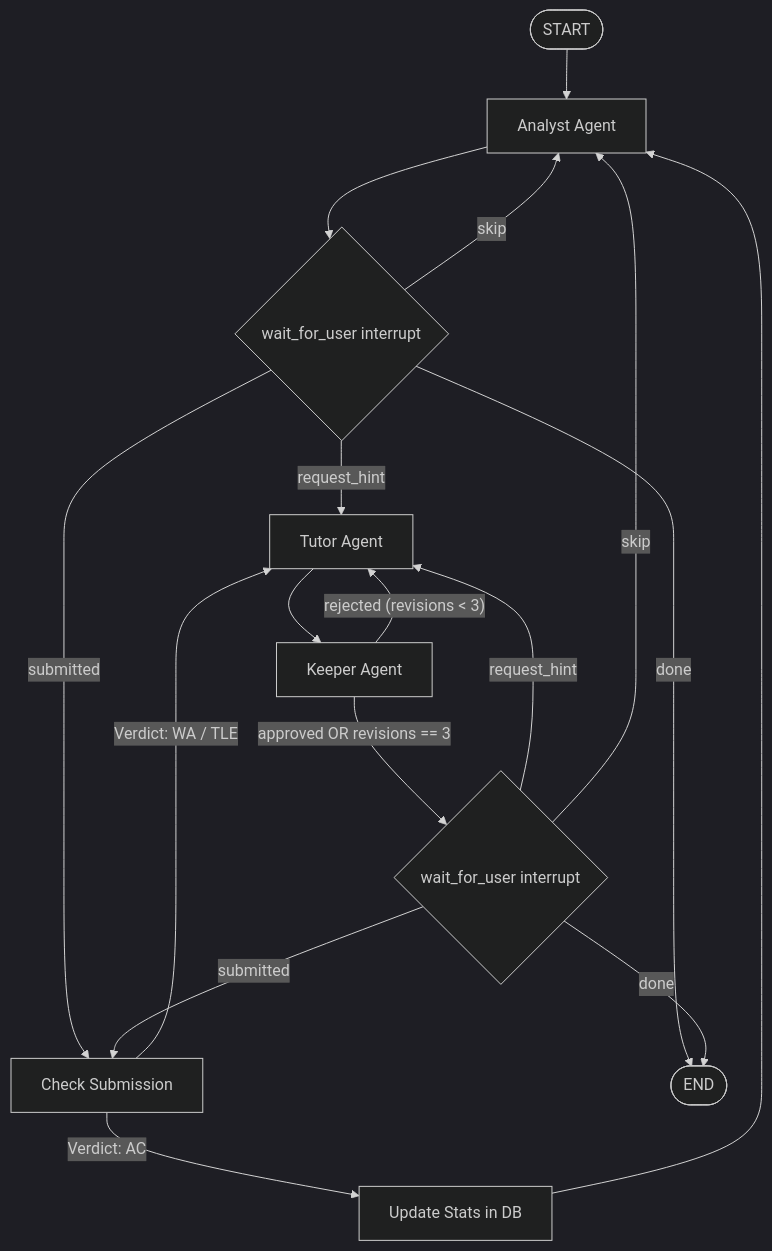
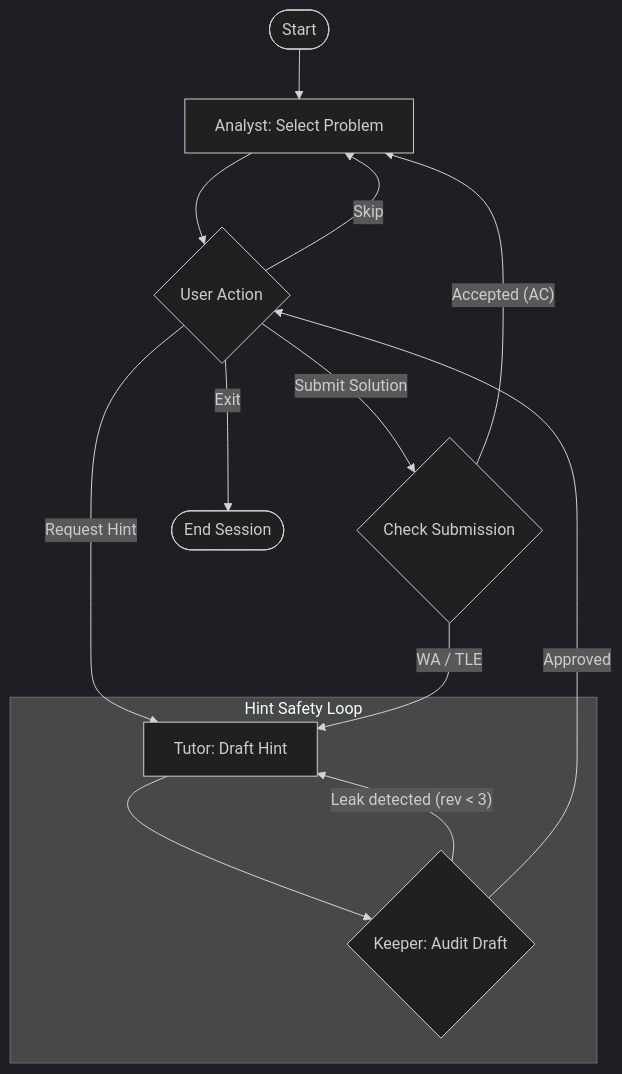
Before and after one commit to aviraltrip/Son-of-Aviral-CP-Coach: the diagram in README.md, drawn with Mermaid (dark theme).

Commit message:
docs(readme): streamline and simplify architecture flowchart

````diff
--- a/README.md
+++ b/README.md
@@ -25,22 +25,20 @@
 ```mermaid
 flowchart TD
-    START([START]) --> Analyst[Analyst Agent]
-    Analyst --> WaitForUser1{wait_for_user interrupt}
-    
-    WaitForUser1 -- "request_hint" --> Tutor[Tutor Agent]
-    WaitForUser1 -- "skip" --> Analyst
-    WaitForUser1 -- "submitted" --> CheckSub[Check Submission]
-    WaitForUser1 -- "done" --> END([END])
-    
-    Tutor --> Keeper[Keeper Agent]
-    Keeper -- "rejected (revisions < 3)" --> Tutor
-    Keeper -- "approved OR revisions == 3" --> WaitForUser2{wait_for_user interrupt}
-    
-    WaitForUser2 -- "request_hint" --> Tutor
-    WaitForUser2 -- "submitted" --> CheckSub
-    WaitForUser2 -- "skip" --> Analyst
-    WaitForUser2 -- "done" --> END
-    
-    CheckSub -- "Verdict: AC" --> UpdateStats[Update Stats in DB] --> Analyst
-    CheckSub -- "Verdict: WA / TLE" --> Tutor
+    START([Start]) --> Analyst[Analyst: Select Problem]
+    Analyst --> UserAction{User Action}
+
+    subgraph HintLoop ["Hint Safety Loop"]
+        Tutor[Tutor: Draft Hint] --> Keeper{Keeper: Audit Draft}
+        Keeper -- "Leak detected (rev < 3)" --> Tutor
+    end
+
+    UserAction -- "Request Hint" --> Tutor
+    Keeper -- "Approved" --> UserAction
+
+    UserAction -- "Submit Solution" --> CheckSub{Check Submission}
+    CheckSub -- "Accepted (AC)" --> Analyst
+    CheckSub -- "WA / TLE" --> Tutor
+
+    UserAction -- "Skip" --> Analyst
+    UserAction -- "Exit" --> END([End Session])
 ```
````
